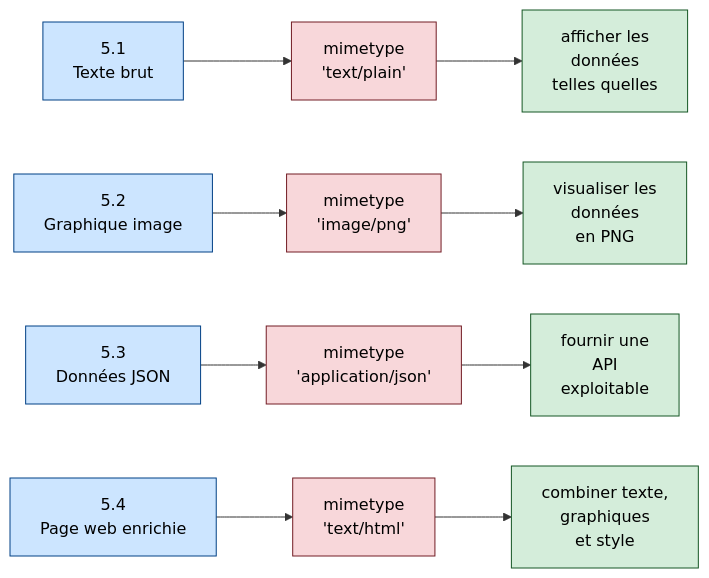
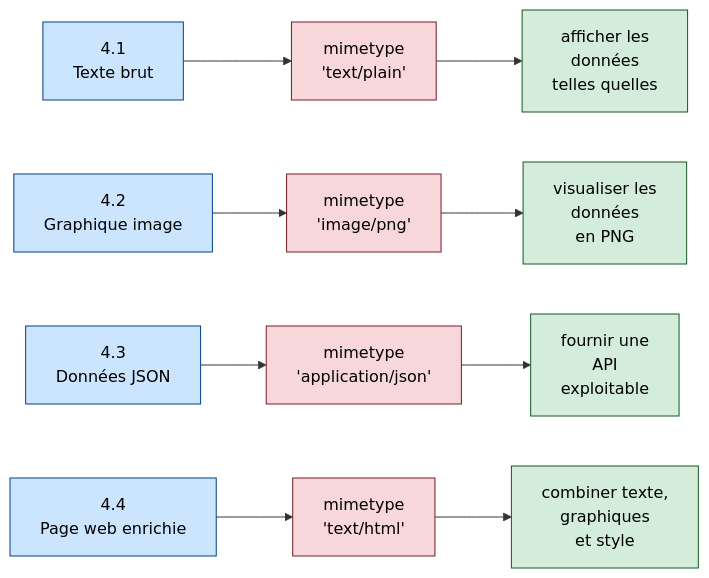
The diagram in README.md (ciel1-mechain-2627/mini-projet-1), drawn with Mermaid before and after one commit.

Commit message:
Update flowchart labels and mimetypes in README

````diff
--- a/README.md
+++ b/README.md
@@ -152,13 +152,13 @@
 ```mermaid
 flowchart LR
     direction TB
 
-    A[5.1<br/>Texte brut]:::left --> A2["mimetype<br/>'text/plain'"]:::mime --> A1[afficher les<br/>données<br/>telles quelles]:::right
-    B[5.2<br/>Graphique image]:::left --> B2["mimetype<br/>'image/png'"]:::mime --> B1[visualiser les<br/>données<br/>en PNG]:::right
-    C[5.3<br/>Données JSON]:::left --> C2["mimetype<br/>'application/json'"]:::mime --> C1[fournir une<br/>API<br/>exploitable]:::right
-    D[5.4<br/>Page web enrichie]:::left --> D2["mimetype<br/>'text/html'"]:::mime --> D1[combiner texte,<br/>graphiques<br/>et style]:::right
+    A[4.1<br/>Texte brut]:::left --> A2["mimetype<br/>'text/plain'"]:::mime --> A1[afficher les<br/>données<br/>telles quelles]:::right
+    B[4.2<br/>Graphique image]:::left --> B2["mimetype<br/>'image/png'"]:::mime --> B1[visualiser les<br/>données<br/>en PNG]:::right
+    C[4.3<br/>Données JSON]:::left --> C2["mimetype<br/>'application/json'"]:::mime --> C1[fournir une<br/>API<br/>exploitable]:::right
+    D[4.4<br/>Page web enrichie]:::left --> D2["mimetype<br/>'text/html'"]:::mime --> D1[combiner texte,<br/>graphiques<br/>et style]:::right
 
     classDef left fill:#cce5ff,stroke:#004085,stroke-width:1px,color:#000;
     classDef mime fill:#f8d7da,stroke:#721c24,stroke-width:1px,color:#000;
     classDef right fill:#d4edda,stroke:#155724,stroke-width:1px,color:#000;
 ```
````
